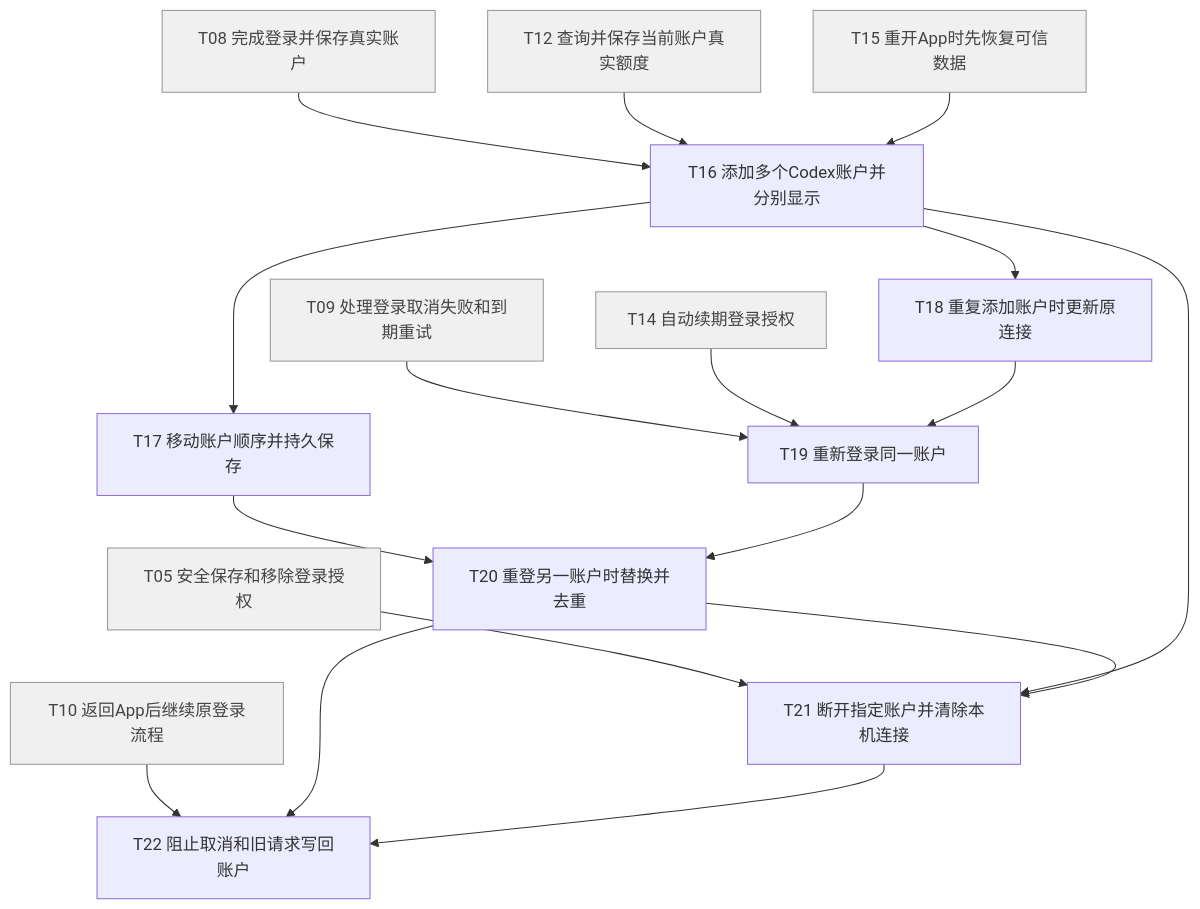
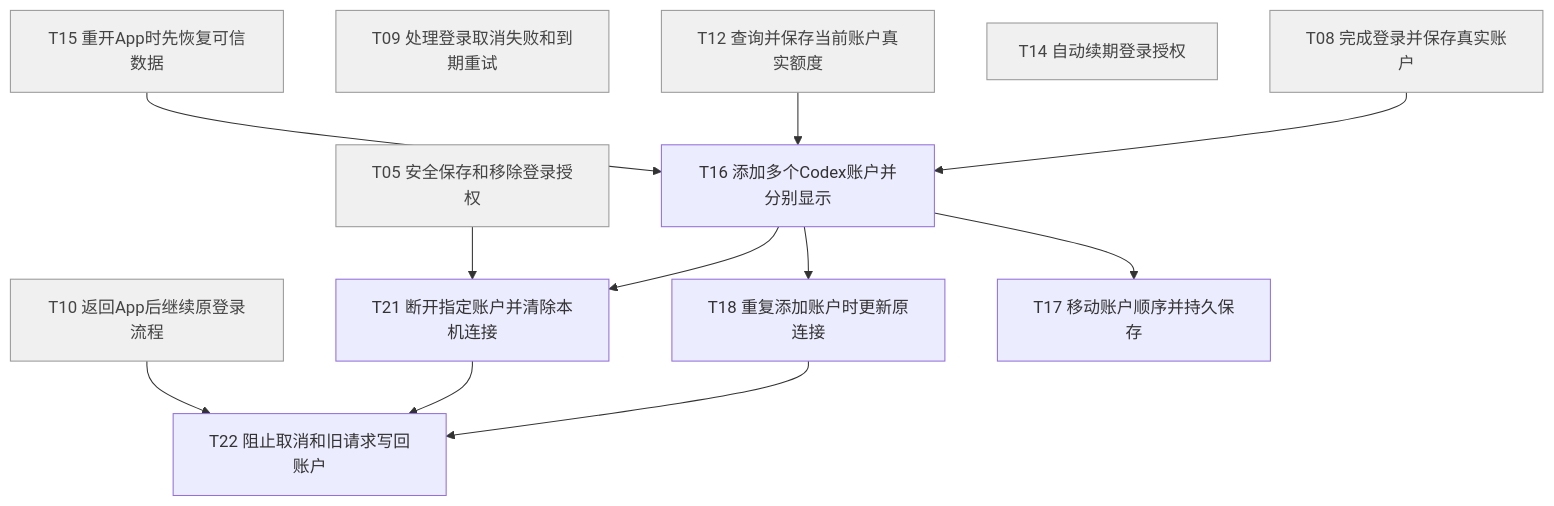
One commit to fsylviaa/subscription-usage-monitor changed the fourth of 9 diagrams in docs/mvp任务清单/README.md. Above: the diagram before and after it, drawn with Mermaid. The commit also changed other lines of this file and 43 other files, not shown here.

````diff
--- a/docs/mvp任务清单/README.md
+++ b/docs/mvp任务清单/README.md
@@ -229,34 +231,26 @@
 ```mermaid
 flowchart TD
   T05["T05 安全保存和移除登录授权"]:::prior
   T08["T08 完成登录并保存真实账户"]:::prior
   T09["T09 处理登录取消失败和到期重试"]:::prior
   T10["T10 返回App后继续原登录流程"]:::prior
   T12["T12 查询并保存当前账户真实额度"]:::prior
   T14["T14 自动续期登录授权"]:::prior
   T15["T15 重开App时先恢复可信数据"]:::prior
   T16["T16 添加多个Codex账户并分别显示"]
   T17["T17 移动账户顺序并持久保存"]
   T18["T18 重复添加账户时更新原连接"]
-  T19["T19 重新登录同一账户"]
-  T20["T20 重登另一账户时替换并去重"]
   T21["T21 断开指定账户并清除本机连接"]
   T22["T22 阻止取消和旧请求写回账户"]
   T08 --> T16
   T12 --> T16
   T15 --> T16
   T16 --> T17
   T16 --> T18
-  T09 --> T19
-  T14 --> T19
-  T18 --> T19
-  T17 --> T20
-  T19 --> T20
   T05 --> T21
   T16 --> T21
-  T20 --> T21
   T10 --> T22
-  T20 --> T22
+  T18 --> T22
   T21 --> T22
   classDef prior fill:#f0f0f0,stroke:#999,color:#444
 ```
````
